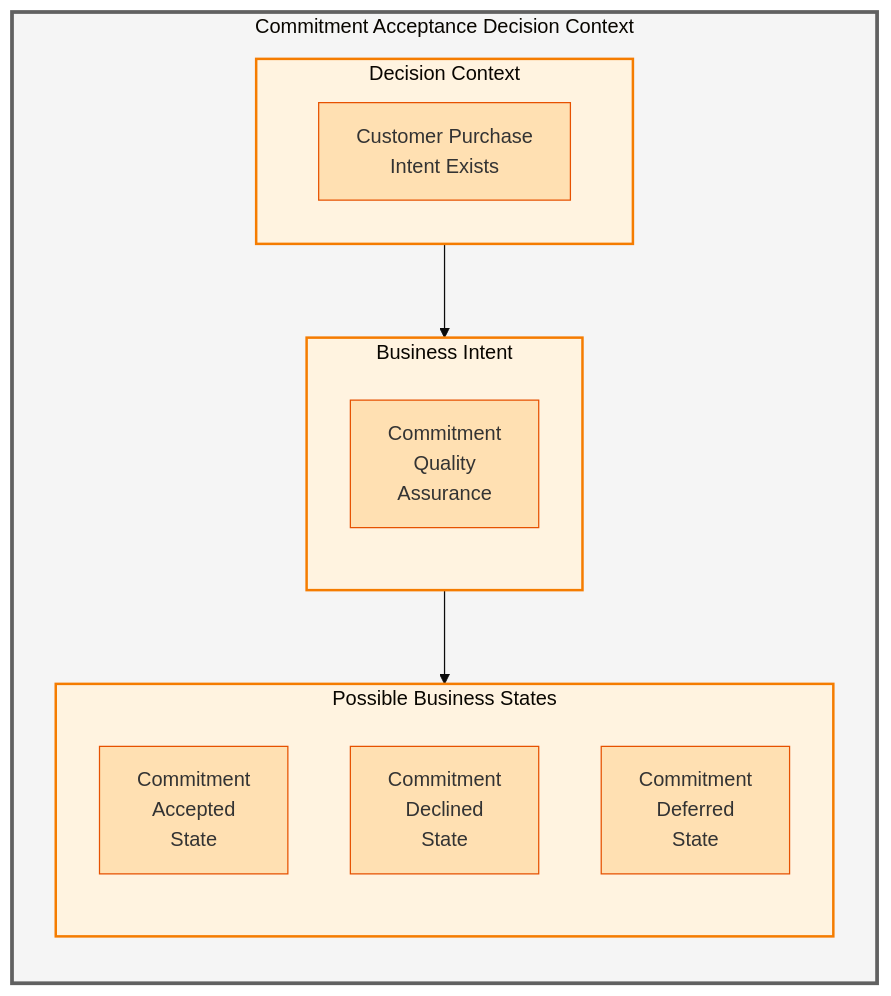
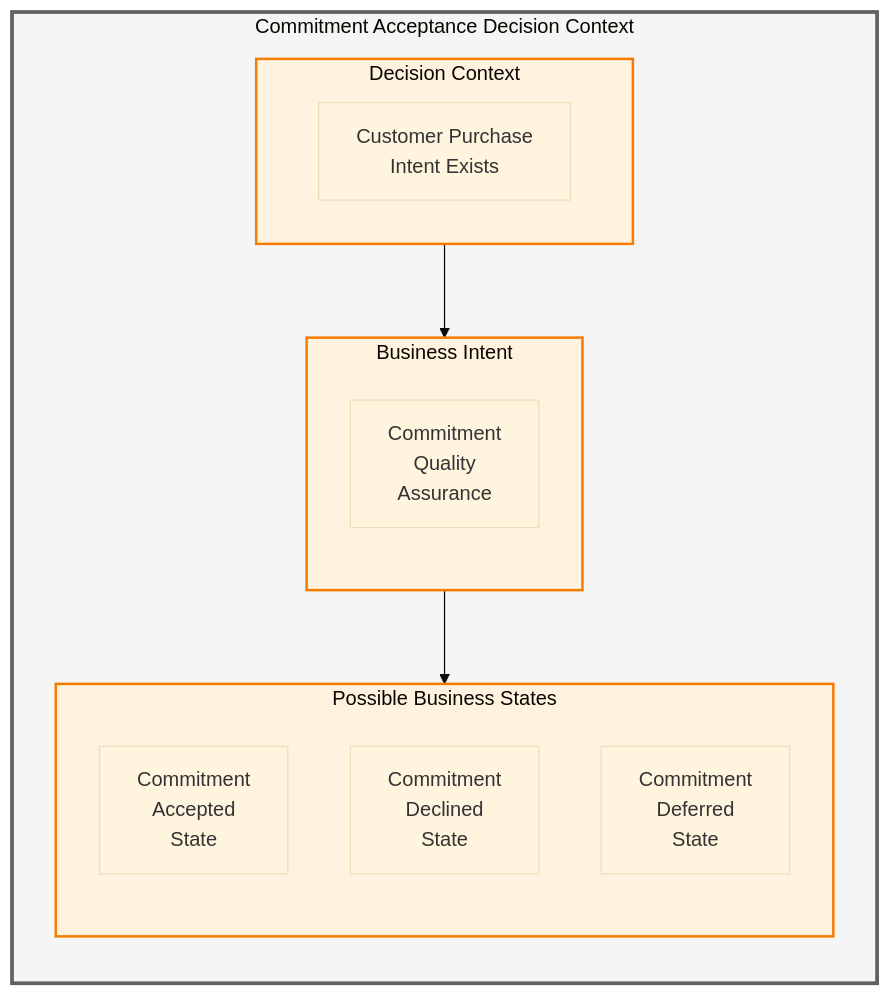
One commit to Evilazaro/Azure-LogicApps-Monitoring changed the fourth of 7 diagrams in docs/architecture/01-business-architecture.md. Above: the diagram before and after it, drawn with Mermaid (base theme). The commit also changed other lines of this file, not shown here.

Commit message:
Refactor Business Architecture document: update diagram styling for clarity and consistency

````diff
--- a/docs/architecture/01-business-architecture.md
+++ b/docs/architecture/01-business-architecture.md
@@ -554,35 +548,32 @@
 ```mermaid
 flowchart TB
     subgraph Commitment_Decision["Commitment Acceptance Decision Context"]
         direction TB
 
         subgraph Context["Decision Context"]
             direction LR
             DC["Customer Purchase<br/>Intent Exists"]
         end
 
         subgraph Intent["Business Intent"]
             direction TB
             BI["Commitment<br/>Quality<br/>Assurance"]
         end
 
         subgraph Outcomes["Possible Business States"]
             direction TB
             O1["Commitment<br/>Accepted<br/>State"]
             O2["Commitment<br/>Declined<br/>State"]
             O3["Commitment<br/>Deferred<br/>State"]
         end
 
         Context --> Intent
         Intent --> Outcomes
     end
 
     classDef level1 fill:#f5f5f5,stroke:#616161,stroke-width:3px
     classDef level2 fill:#fff3e0,stroke:#f57c00,stroke-width:2px
-    classDef level3 fill:#ffffff,stroke:#ffb74d,stroke-width:1px
-    classDef node fill:#ffe0b2,stroke:#e65100,stroke-width:1px
 
     class Commitment_Decision level1
     class Context,Intent,Outcomes level2
-    class DC,BI,O1,O2,O3 node
 ```
````
